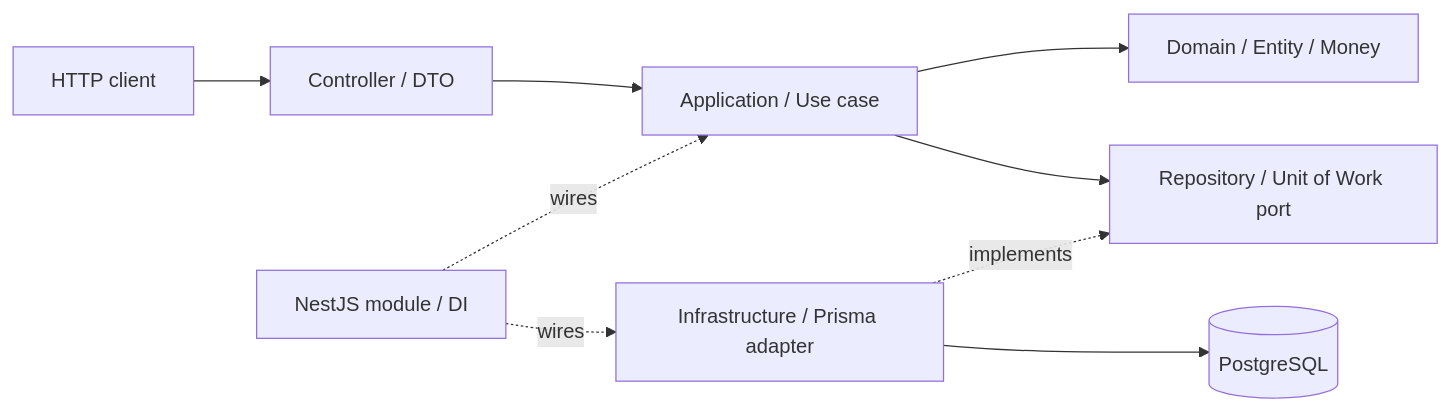
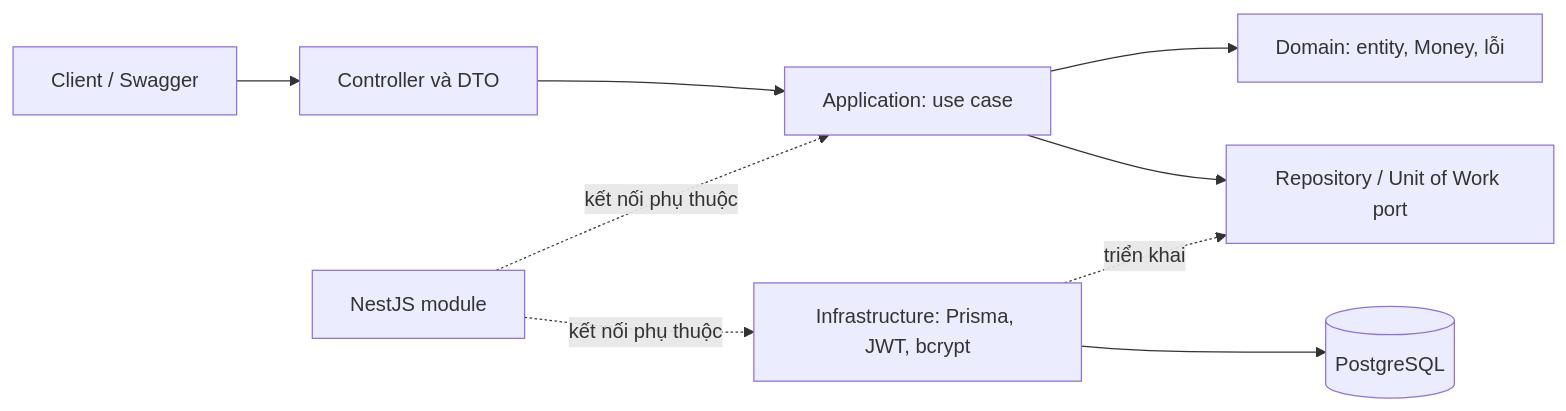
Before and after one commit to HUY-TD16/SA_BankAccount: the diagram in README.md, drawn with Mermaid. The commit also changed other lines of this file and 9 other files, not shown here.

````diff
--- a/README.md
+++ b/README.md
@@ -28,11 +47,11 @@
 ```mermaid
 flowchart LR
-    Client[HTTP client] --> API[Controller / DTO]
-    API --> UC[Application / Use case]
-    UC --> Domain[Domain / Entity / Money]
+    Client[Client / Swagger] --> HTTP[Controller và DTO]
+    HTTP --> UC[Application: use case]
+    UC --> Domain[Domain: entity, Money, lỗi]
     UC --> Port[Repository / Unit of Work port]
-    Infra[Infrastructure / Prisma adapter] -. implements .-> Port
-    Infra --> DB[(PostgreSQL)]
-    Module[NestJS module / DI] -. wires .-> UC
-    Module -. wires .-> Infra
+    Adapter[Infrastructure: Prisma, JWT, bcrypt] -. triển khai .-> Port
+    Adapter --> DB[(PostgreSQL)]
+    DI[NestJS module] -. kết nối phụ thuộc .-> UC
+    DI -. kết nối phụ thuộc .-> Adapter
 ```
````
